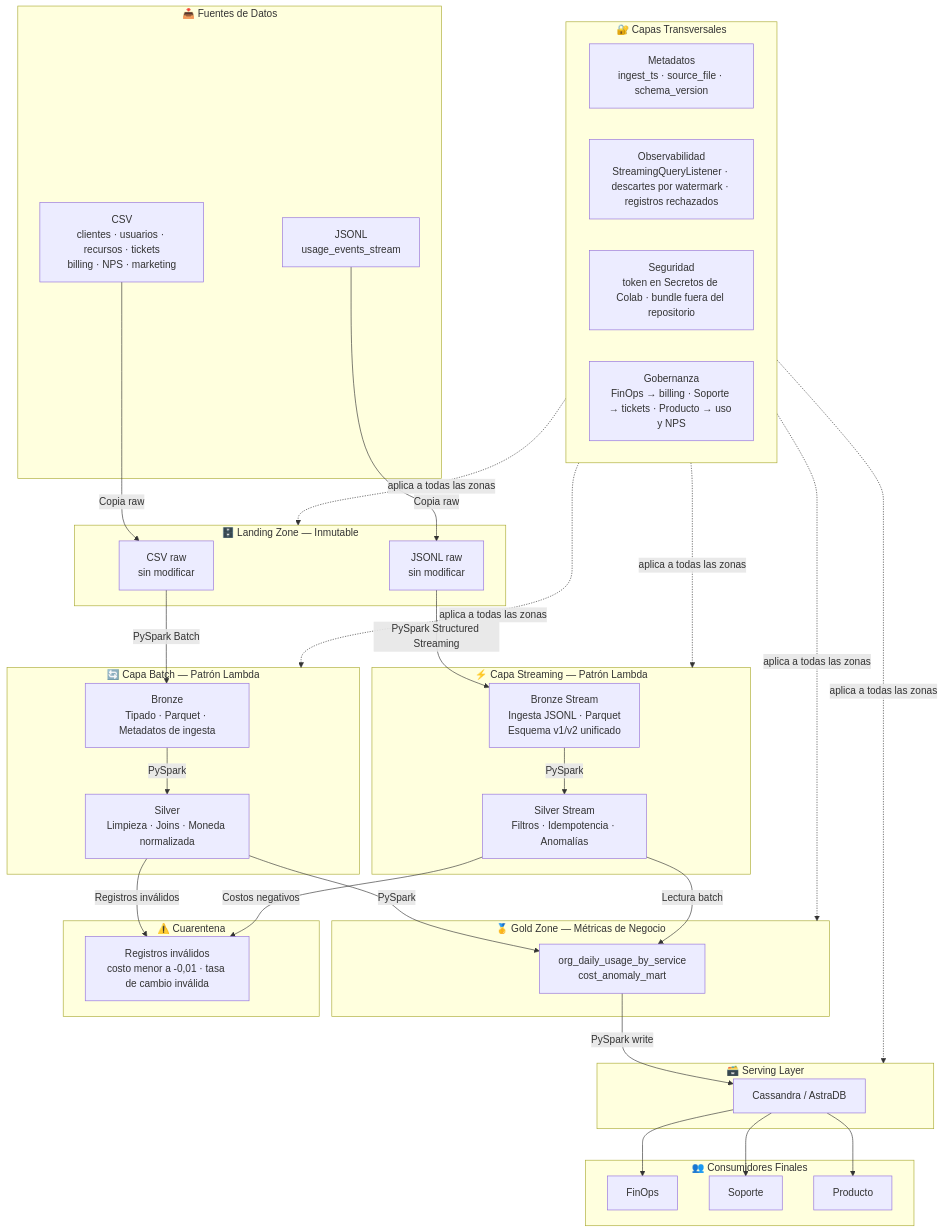
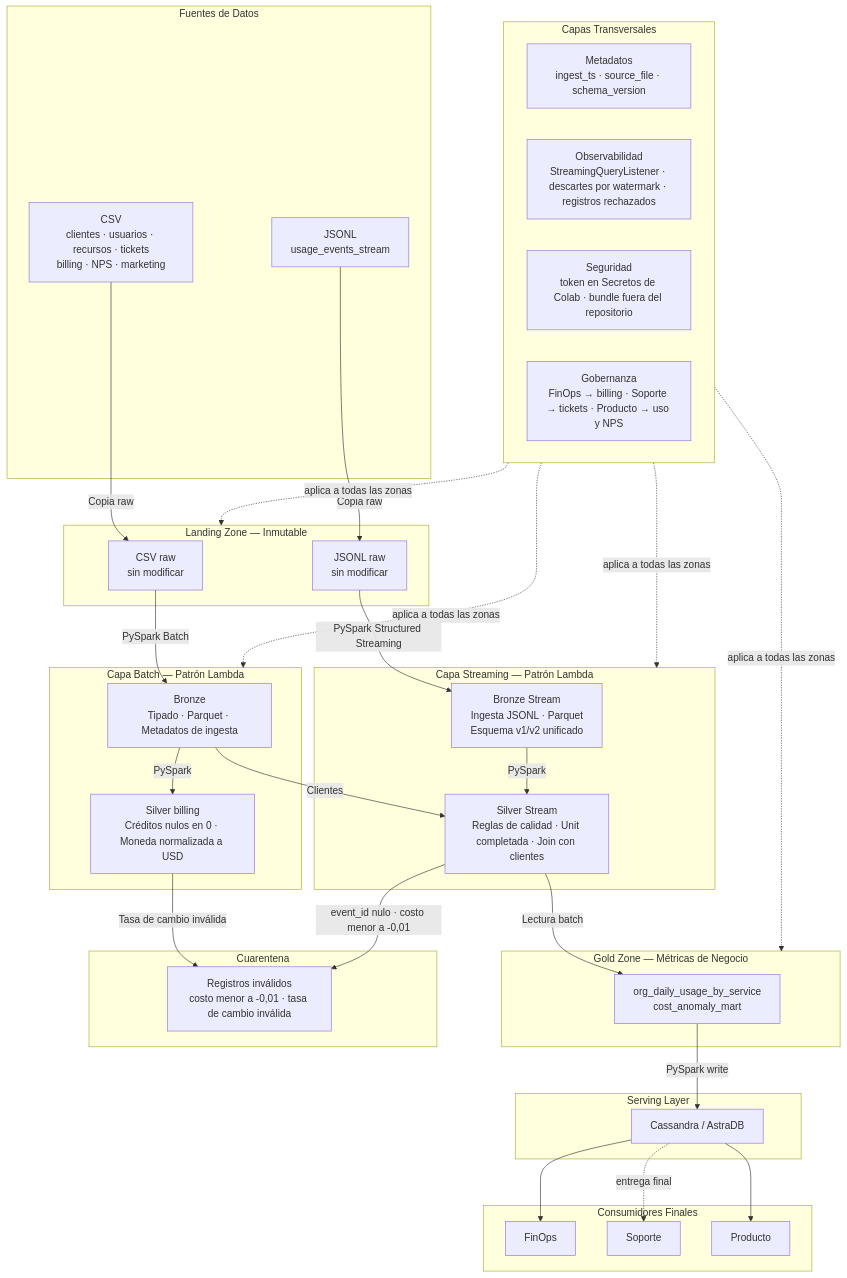
Before and after one commit to maruwagner893-droid/cloud-provider-analytics: the diagram in docs/00_documento_diseño.md, drawn with Mermaid.

````diff
--- a/docs/00_documento_diseño.md
+++ b/docs/00_documento_diseño.md
@@ -123,67 +123,66 @@
 ```mermaid
 flowchart TD
-    subgraph SRC["📥 Fuentes de Datos"]
+    subgraph SRC["Fuentes de Datos"]
         CSV["CSV\nclientes · usuarios · recursos · tickets\nbilling · NPS · marketing"]
         JSONL["JSONL\nusage_events_stream"]
     end
 
-    subgraph LZ["🗄️ Landing Zone — Inmutable"]
+    subgraph LZ["Landing Zone — Inmutable"]
         RAW_B["CSV raw\nsin modificar"]
         RAW_S["JSONL raw\nsin modificar"]
     end
 
-    subgraph BATCH["🔄 Capa Batch — Patrón Lambda"]
+    subgraph BATCH["Capa Batch — Patrón Lambda"]
         BRZ_B["Bronze\nTipado · Parquet · Metadatos de ingesta"]
-        SLV_B["Silver\nLimpieza · Joins · Moneda normalizada"]
+        SLV_B["Silver billing\nCréditos nulos en 0 · Moneda normalizada a USD"]
     end
 
-    subgraph STREAM["⚡ Capa Streaming — Patrón Lambda"]
+    subgraph STREAM["Capa Streaming — Patrón Lambda"]
         BRZ_S["Bronze Stream\nIngesta JSONL · Parquet\nEsquema v1/v2 unificado"]
-        SLV_S["Silver Stream\nFiltros · Idempotencia · Anomalías"]
+        SLV_S["Silver Stream\nReglas de calidad · Unit completada · Join con clientes"]
     end
 
-    subgraph GZ["🥇 Gold Zone — Métricas de Negocio"]
+    subgraph GZ["Gold Zone — Métricas de Negocio"]
         GLD["org_daily_usage_by_service\ncost_anomaly_mart"]
     end
 
-    subgraph QUAR["⚠️ Cuarentena"]
+    subgraph QUAR["Cuarentena"]
         Q["Registros inválidos\ncosto menor a -0,01 · tasa de cambio inválida"]
     end
 
-    subgraph SRV["🗃️ Serving Layer"]
+    subgraph SRV["Serving Layer"]
         CASS["Cassandra / AstraDB"]
     end
 
-    subgraph GOV["🔐 Capas Transversales"]
+    subgraph GOV["Capas Transversales"]
         META["Metadatos\ningest_ts · source_file · schema_version"]
         OBS["Observabilidad\nStreamingQueryListener · descartes por watermark · registros rechazados"]
         SEC["Seguridad\ntoken en Secretos de Colab · bundle fuera del repositorio"]
         GVN["Gobernanza\nFinOps → billing · Soporte → tickets · Producto → uso y NPS"]
     end
 
-    subgraph USR["👥 Consumidores Finales"]
+    subgraph USR["Consumidores Finales"]
         FO["FinOps"]
         SP["Soporte"]
         PR["Producto"]
     end
 
     CSV -->|Copia raw| RAW_B
     JSONL -->|Copia raw| RAW_S
     RAW_B -->|PySpark Batch| BRZ_B
     RAW_S -->|PySpark Structured Streaming| BRZ_S
     BRZ_B -->|PySpark| SLV_B
     BRZ_S -->|PySpark| SLV_S
-    SLV_B -->|Registros inválidos| Q
-    SLV_S -->|Costos negativos| Q
-    SLV_B -->|PySpark| GLD
+    BRZ_B -->|Clientes| SLV_S
+    SLV_B -->|Tasa de cambio inválida| Q
+    SLV_S -->|event_id nulo · costo menor a -0,01| Q
     SLV_S -->|Lectura batch| GLD
     GLD -->|PySpark write| CASS
     CASS --> FO
-    CASS --> SP
     CASS --> PR
+    CASS -.->|entrega final| SP
     GOV -.->|aplica a todas las zonas| LZ
     GOV -.->|aplica a todas las zonas| BATCH
     GOV -.->|aplica a todas las zonas| STREAM
     GOV -.->|aplica a todas las zonas| GZ
-    GOV -.->|aplica a todas las zonas| SRV
 ```
````
